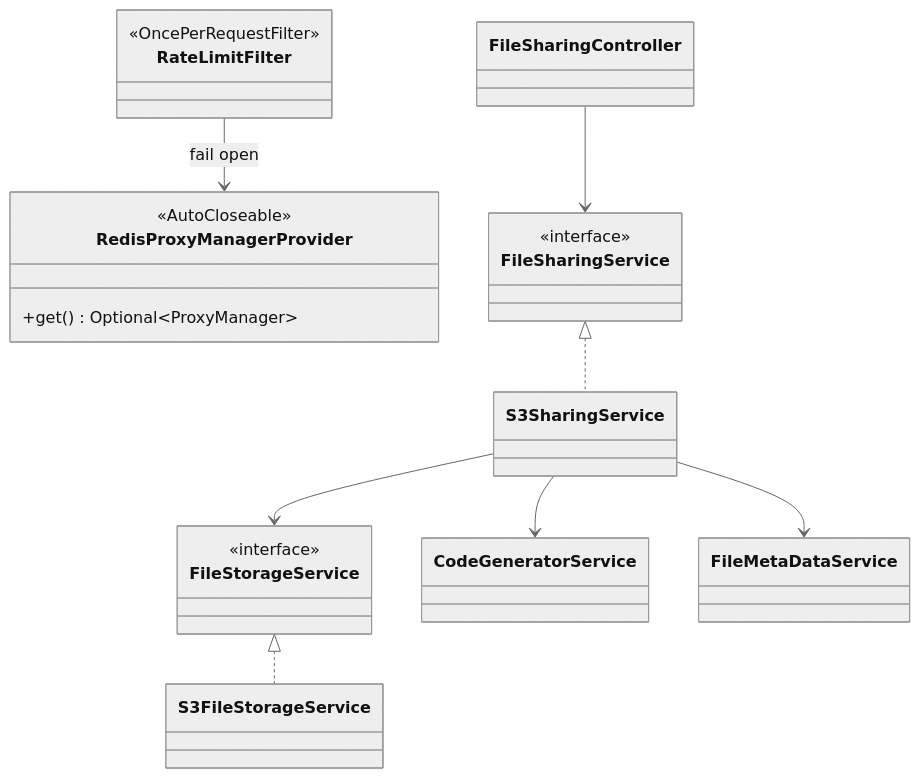
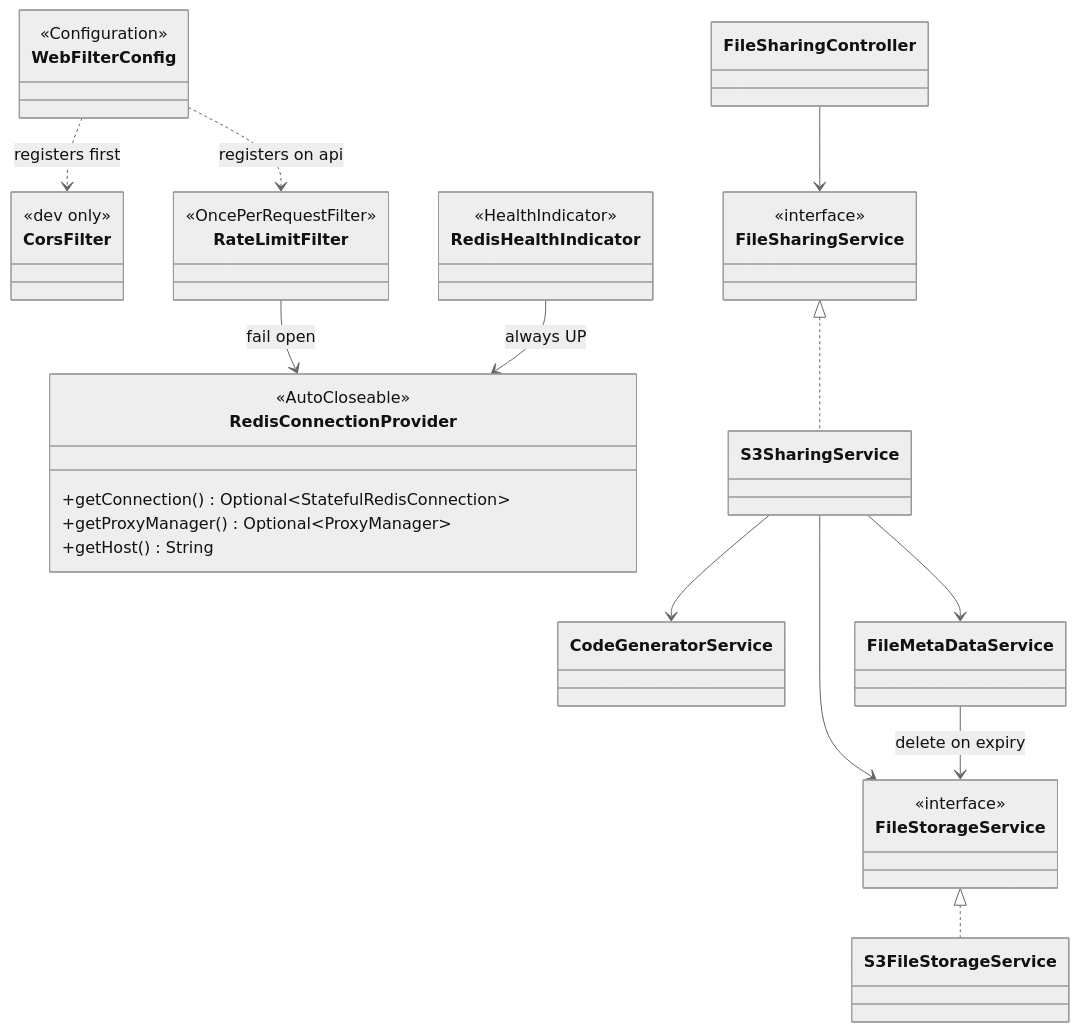
The first of 3 diagrams in docs/CLASSES.md (Dhiren9939/Mint), drawn with Mermaid (neutral theme) before and after one commit. The commit also changed other lines of this file and 2 other files, not shown here.

Commit message:
docs: document ecs infrastructure and update class diagrams

````diff
--- a/docs/CLASSES.md
+++ b/docs/CLASSES.md
@@ -7,31 +7,46 @@
 ```mermaid
 classDiagram
     direction TB
 
+    class WebFilterConfig {
+        <<Configuration>>
+    }
+    class CorsFilter {
+        <<dev only>>
+    }
     class RateLimitFilter {
         <<OncePerRequestFilter>>
     }
-    class RedisProxyManagerProvider {
+    class RedisConnectionProvider {
         <<AutoCloseable>>
-        +get() Optional~ProxyManager~
+        +getConnection() Optional~StatefulRedisConnection~
+        +getProxyManager() Optional~ProxyManager~
+        +getHost() String
+    }
+    class RedisHealthIndicator {
+        <<HealthIndicator>>
     }
     class FileSharingController
     class FileSharingService {
         <<interface>>
     }
     class S3SharingService
     class FileStorageService {
         <<interface>>
     }
     class S3FileStorageService
     class CodeGeneratorService
     class FileMetaDataService
 
-    RateLimitFilter --> RedisProxyManagerProvider : fail open
+    WebFilterConfig ..> CorsFilter : registers first
+    WebFilterConfig ..> RateLimitFilter : registers on api
+    RateLimitFilter --> RedisConnectionProvider : fail open
+    RedisHealthIndicator --> RedisConnectionProvider : always UP
     FileSharingController --> FileSharingService
     FileSharingService <|.. S3SharingService
     S3SharingService --> FileStorageService
     S3SharingService --> CodeGeneratorService
     S3SharingService --> FileMetaDataService
+    FileMetaDataService --> FileStorageService : delete on expiry
     FileStorageService <|.. S3FileStorageService
 ```
````
